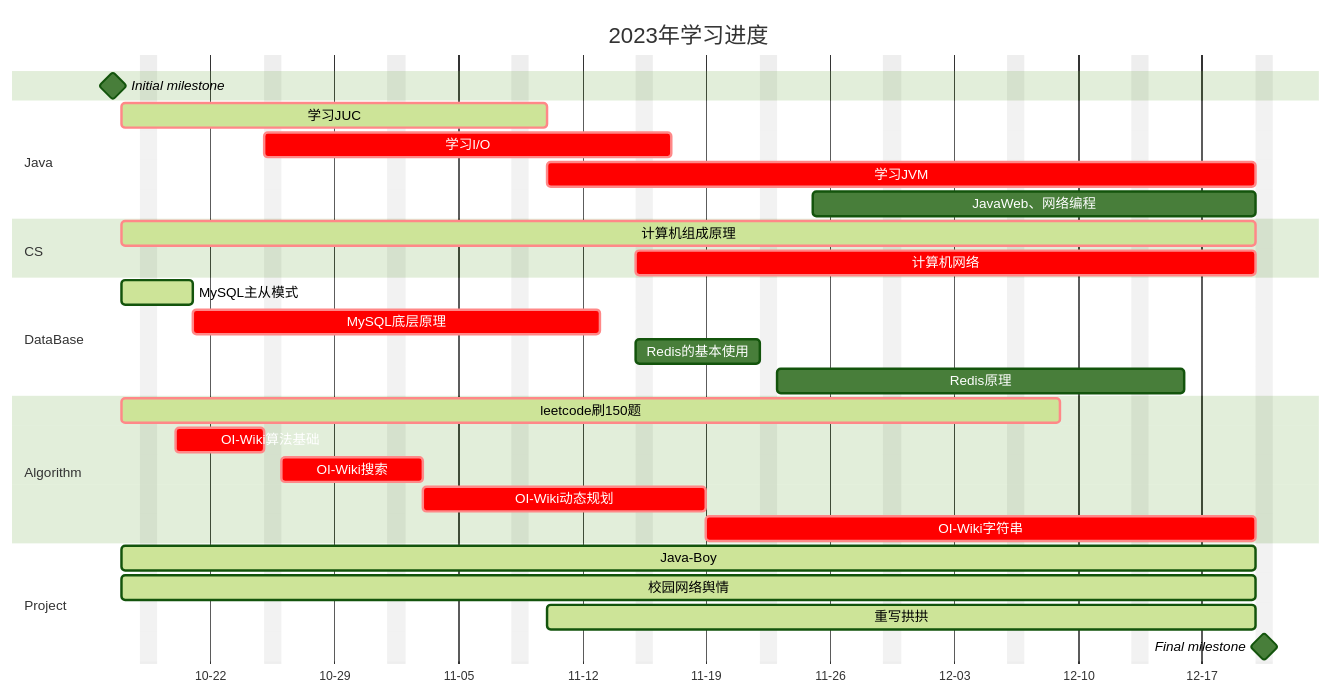
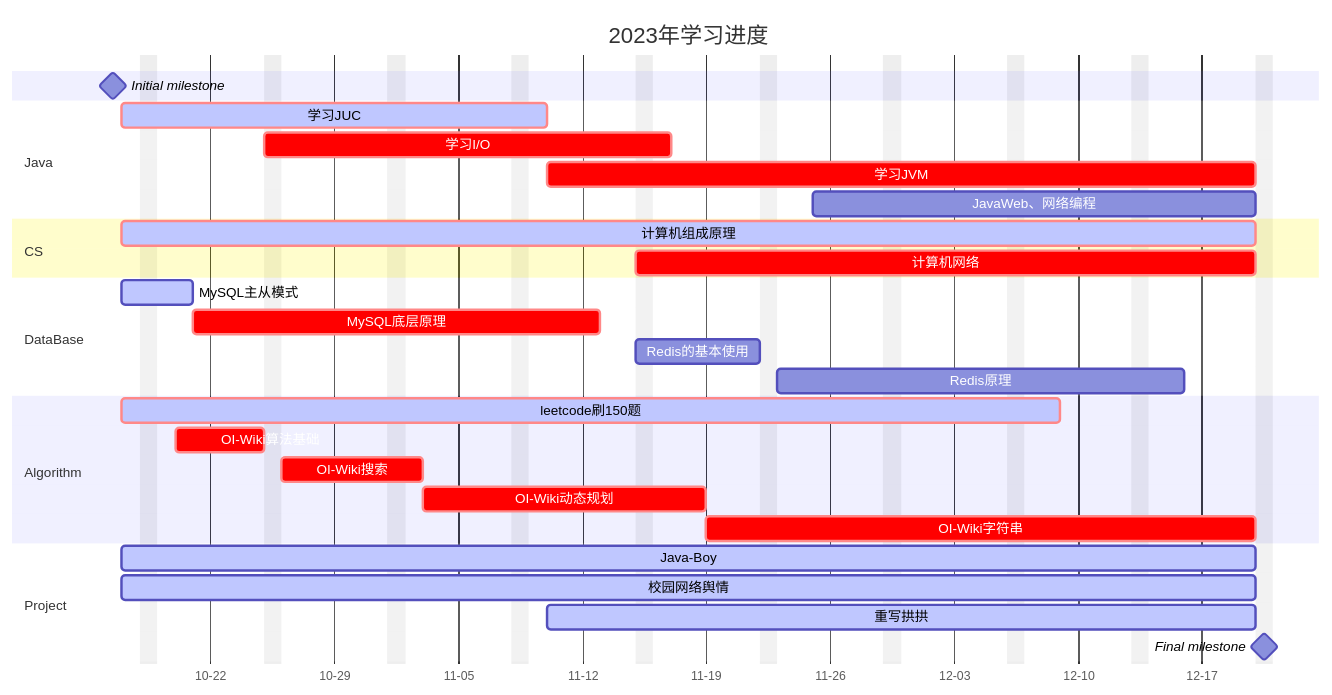
The diagram in README.md (LeoTan2004/LeoTan2004), drawn with Mermaid before and after one commit.

````diff
--- a/README.md
+++ b/README.md
@@ -7,42 +7,38 @@
 ```mermaid
-%%{
-	init: {
-		"theme": "forest"
-	}
-}%%
+
 gantt
 title 2023年学习进度
 dateFormat YYYY-MM-DD
 axisFormat %m-%d
 todayMarker on
 excludes Wednesday %%周三课太多了，小放一天假
 Initial milestone : milestone, m1,2023-10-16,1d
 section Java
 	学习JUC:			active,crit,  	JUC , 			2023-10-17, 		20d
 	学习I/O:			crit,			Java-I/O,		2023-10-25,			20d
 	学习JVM:			crit,	  		JVM , 			after JUC,  		35d
 	JavaWeb、网络编程:					JW ,			2023-11-25,			2023-12-20
 	
 section CS
 	计算机组成原理:	active,crit,		CCP,		2023-10-17,				2023-12-20
 	计算机网络:		crit,				CN,			2023-11-15,				2023-12-20
 	
 section DataBase
 	MySQL主从模式:		active,			MySQL-S,		2023-10-17,			3d
 	MySQL底层原理:		crit,			MySQL-P,		after MySQL-S,		20d
 	Redis的基本使用:						Redis-U,		2023-11-15,			7d
 	Redis原理:						Redis-P,		after Redis-U,		20d
 	
 section Algorithm
 	leetcode刷150题:	active,	crit,	leetcode,		2023-10-17 ,		45d
 	OI-Wiki算法基础:	crit,			Wiki-B,			2023-10-20,			5d
 	OI-Wiki搜索:		crit,			Wiki-S,			after Wiki-B,		7d
 	OI-Wiki动态规划: 	crit,			Wiki-DP,		after Wiki-S,		14d
 	OI-Wiki字符串:		crit,			Wiki-String,	after Wiki-DP,		2023-12-20
 	
 section Project
 	Java-Boy:		active,			Java-Boy,			2023-10-17,			55d
 	校园网络舆情:		active,			Campus-Opinion,		2023-10-17,			2023-12-20
 	重写拱拱:		active,				GG,				2023-11-10,			2023-12-20
 Final milestone : milestone, m2,2023-12-20,1d
 ```
````
